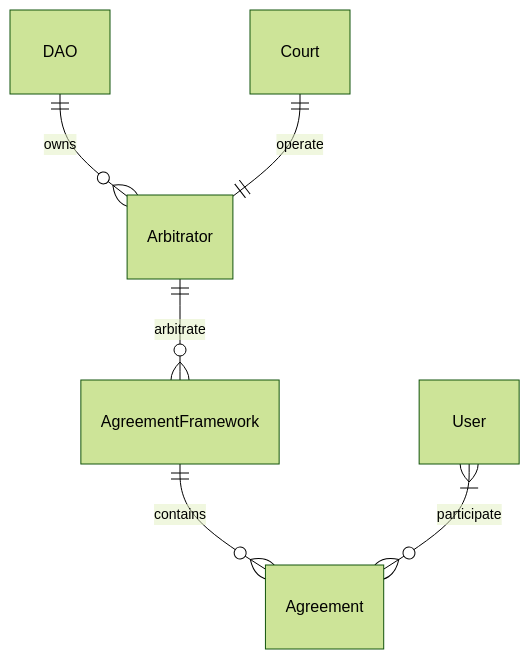
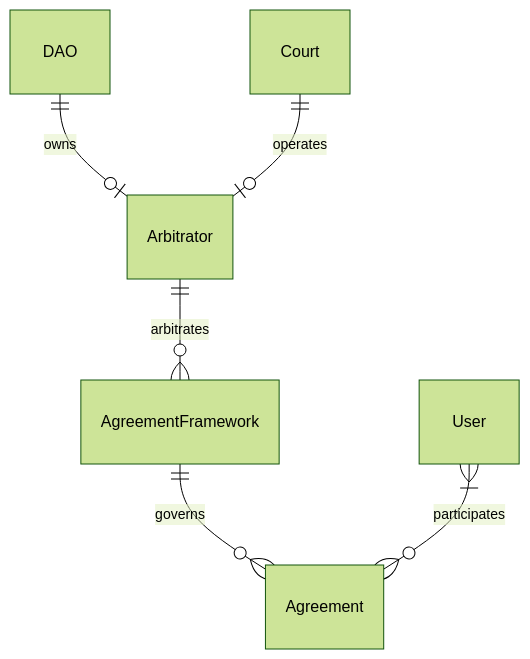
One commit to nation3/agreements-app changed the diagram in docs/architecture.md. Above: the diagram before and after it, drawn with Mermaid (forest theme). The commit also changed other lines of this file and 2 other files, not shown here.

Commit message:
docs: Add court context & small fixes

````diff
--- a/docs/architecture.md
+++ b/docs/architecture.md
@@ -3,8 +3,8 @@
 ```mermaid
 erDiagram
-    DAO ||--o{ Arbitrator : owns
-    Court ||--|| Arbitrator : operate
-    Arbitrator ||--o{ AgreementFramework : arbitrate
-    AgreementFramework ||--o{ Agreement : contains
-    User }|--o{ Agreement : participate
+    DAO ||--o| Arbitrator : owns
+    Court ||--o| Arbitrator : operates
+    Arbitrator ||--o{ AgreementFramework : arbitrates
+    AgreementFramework ||--o{ Agreement : governs
+    User }|--o{ Agreement : participates
 ```
````
